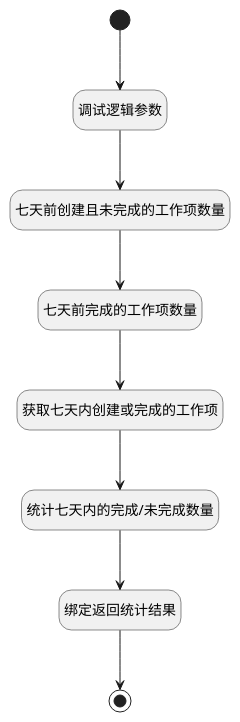
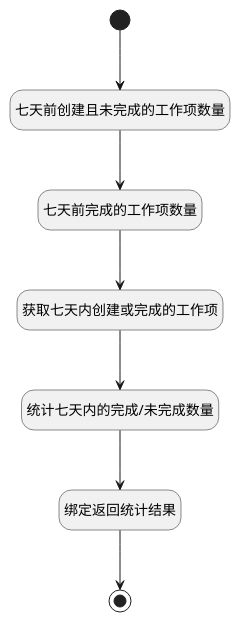
Before and after one commit to iBizLab/plm: the diagram in doc/docsify/module/ProjMgmt/work_item/logic/complete_trend.md, drawn with PlantUML. The commit also changed other lines of this file and 1778 other files, not shown here.

````diff
--- a/doc/docsify/module/ProjMgmt/work_item/logic/complete_trend.md
+++ b/doc/docsify/module/ProjMgmt/work_item/logic/complete_trend.md
@@ -7,31 +7,29 @@
 ```plantuml
 @startuml
 hide empty description
 <style>
 root {
   HyperlinkColor #42b983
 }
 </style>
 
 hide empty description
 state "开始" as Begin <<start>> [[$./complete_trend#begin {"开始"}]]
-state "调试逻辑参数" as DEBUGPARAM1  [[$./complete_trend#debugparam1 {"调试逻辑参数"}]]
 state "七天前创建且未完成的工作项数量" as RAWSQLCALL1  [[$./complete_trend#rawsqlcall1 {"七天前创建且未完成的工作项数量"}]]
 state "七天前完成的工作项数量" as RAWSQLCALL2  [[$./complete_trend#rawsqlcall2 {"七天前完成的工作项数量"}]]
 state "获取七天内创建或完成的工作项" as DEDATASET1  [[$./complete_trend#dedataset1 {"获取七天内创建或完成的工作项"}]]
 state "统计七天内的完成/未完成数量" as RAWSFCODE1  [[$./complete_trend#rawsfcode1 {"统计七天内的完成/未完成数量"}]]
 state "绑定返回统计结果" as BINDPARAM1  [[$./complete_trend#bindparam1 {"绑定返回统计结果"}]]
 state "绑定返回结果" as END1 <<end>> [[$./complete_trend#end1 {"绑定返回结果"}]]
 
 
-Begin --> DEBUGPARAM1
-DEBUGPARAM1 --> RAWSQLCALL1
+Begin --> RAWSQLCALL1
 RAWSQLCALL1 --> RAWSQLCALL2
 RAWSQLCALL2 --> DEDATASET1
 DEDATASET1 --> RAWSFCODE1
 RAWSFCODE1 --> BINDPARAM1
 BINDPARAM1 --> END1
 
 
 @enduml
 ```
````
